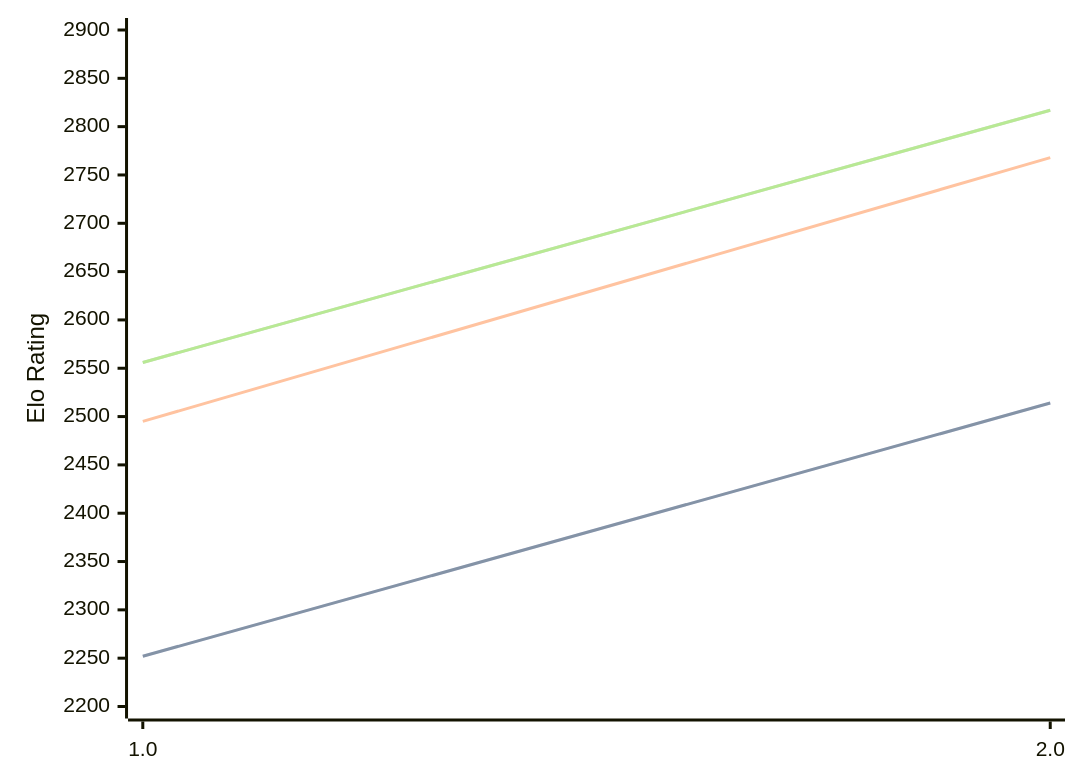
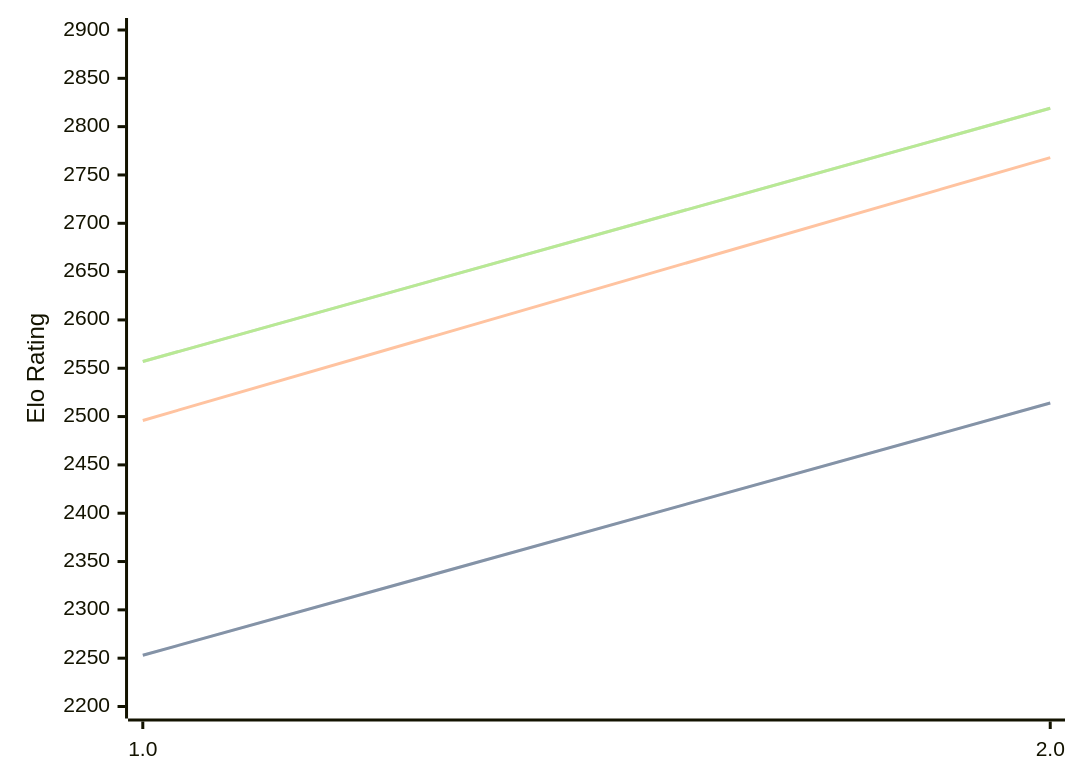
The diagram in engines/Revolver.md (computer-chess-index/cci), drawn with Mermaid before and after one commit. The commit also changed other lines of this file, not shown here.

Commit message:
Update CCI Ratings (ELO VLTC) - 2026-08-21

````diff
--- a/engines/Revolver.md
+++ b/engines/Revolver.md
@@ -32,11 +32,11 @@
 ```mermaid
 %%{init: {"theme":"base","themeVariables":{"seriesColors:['#a3a3a3','#222221','#faa371']}}}%%
 xychart-beta
   x-axis ["1.0", "2.0"]
   y-axis "Elo Rating" 2200 --> 2900
-  line "STC (8.0+0.08s)" [2252, 2514]
-  line "STC (8.0+0.08s)" [2252, 2514]
-  line "LTC (60.0+0.60s)" [2495, 2768]
-  line "VLTC (2m24s+1.12s)" [2556, 2817]
-  line "VLTC (2m24s+1.12s)" [2556, 2817]
+  line "STC (8.0+0.08s)" [2253, 2514]
+  line "STC (8.0+0.08s)" [2253, 2514]
+  line "LTC (60.0+0.60s)" [2496, 2768]
+  line "VLTC (2m24s+1.12s)" [2557, 2819]
+  line "VLTC (2m24s+1.12s)" [2557, 2819]
 ```
````
